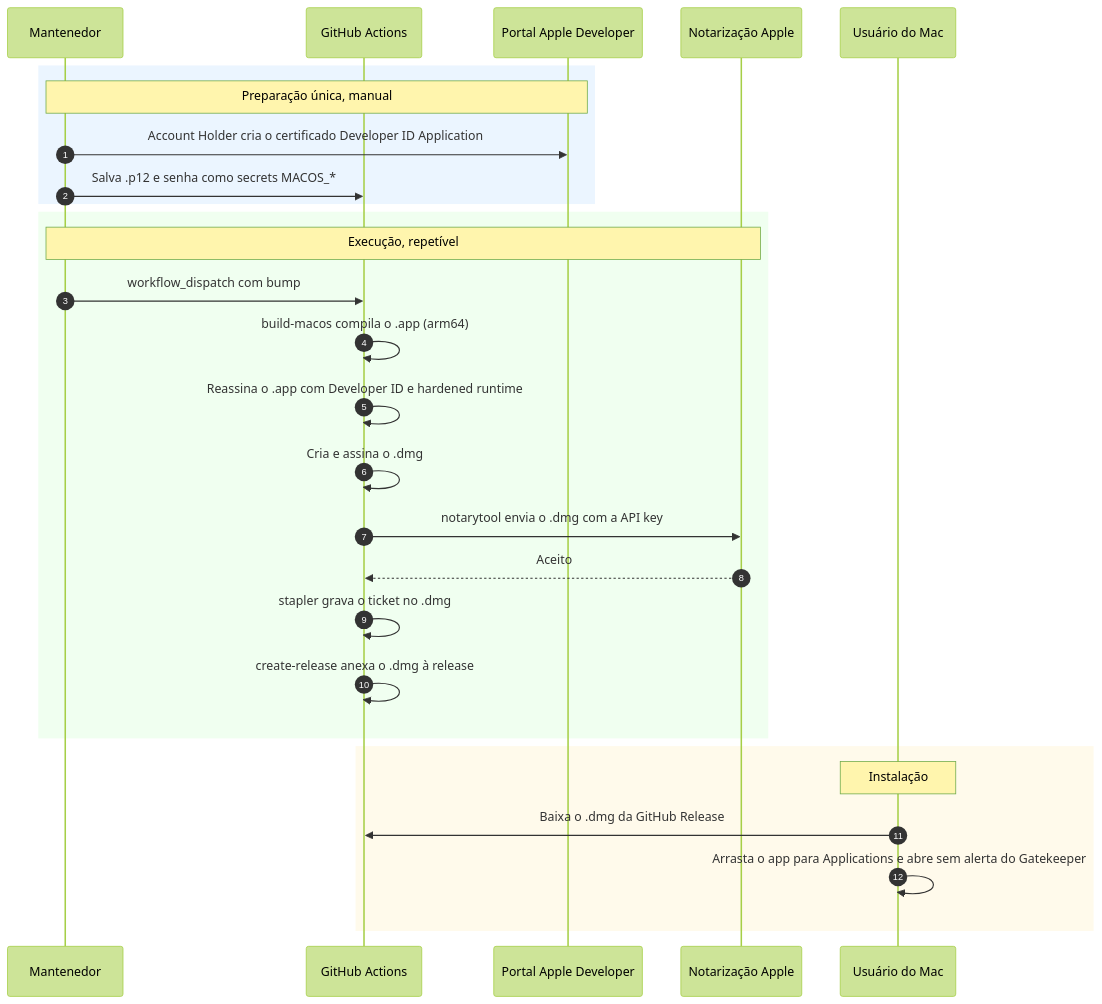
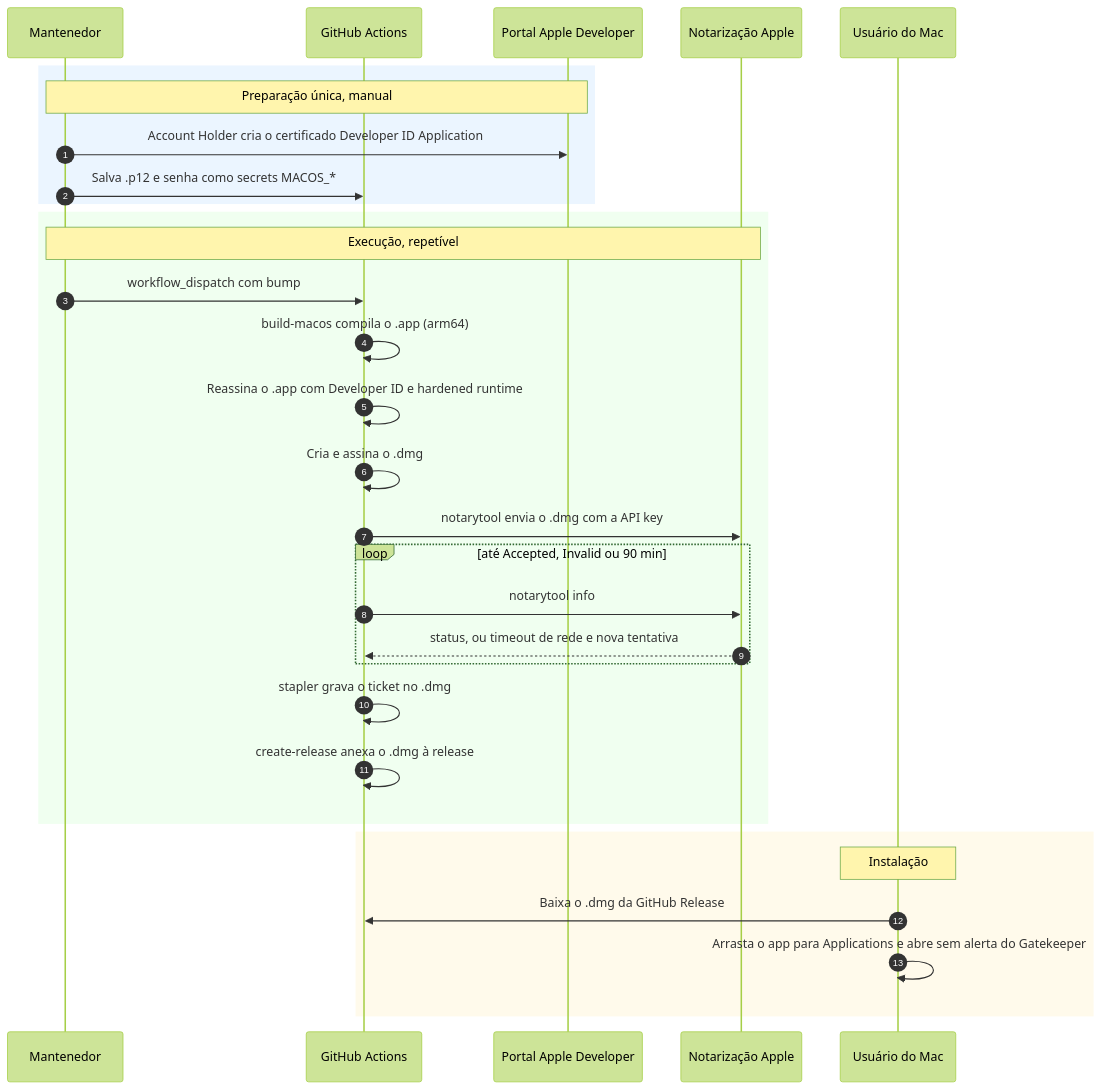
The third of 3 diagrams in docs/MACOS_RELEASE.md (marcelofmatos/imfxtech-chat), drawn with Mermaid (forest theme) before and after one commit. The commit also changed other lines of this file and 3 other files, not shown here.

````diff
--- a/docs/MACOS_RELEASE.md
+++ b/docs/MACOS_RELEASE.md
@@ -146,33 +152,36 @@
 ```mermaid
 sequenceDiagram
     autonumber
     participant M as Mantenedor
     participant GH as GitHub Actions
     participant AP as Portal Apple Developer
     participant NS as Notarização Apple
     participant U as Usuário do Mac
 
     rect rgb(235, 245, 255)
     note over M,AP: Preparação única, manual
     M->>AP: Account Holder cria o certificado Developer ID Application
     M->>GH: Salva .p12 e senha como secrets MACOS_*
     end
 
     rect rgb(240, 255, 240)
     note over M,NS: Execução, repetível
     M->>GH: workflow_dispatch com bump
     GH->>GH: build-macos compila o .app (arm64)
     GH->>GH: Reassina o .app com Developer ID e hardened runtime
     GH->>GH: Cria e assina o .dmg
     GH->>NS: notarytool envia o .dmg com a API key
-    NS-->>GH: Aceito
+    loop até Accepted, Invalid ou 90 min
+        GH->>NS: notarytool info
+        NS-->>GH: status, ou timeout de rede e nova tentativa
+    end
     GH->>GH: stapler grava o ticket no .dmg
     GH->>GH: create-release anexa o .dmg à release
     end
 
     rect rgb(255, 250, 235)
     note over U: Instalação
     U->>GH: Baixa o .dmg da GitHub Release
     U->>U: Arrasta o app para Applications e abre sem alerta do Gatekeeper
     end
 ```
````
